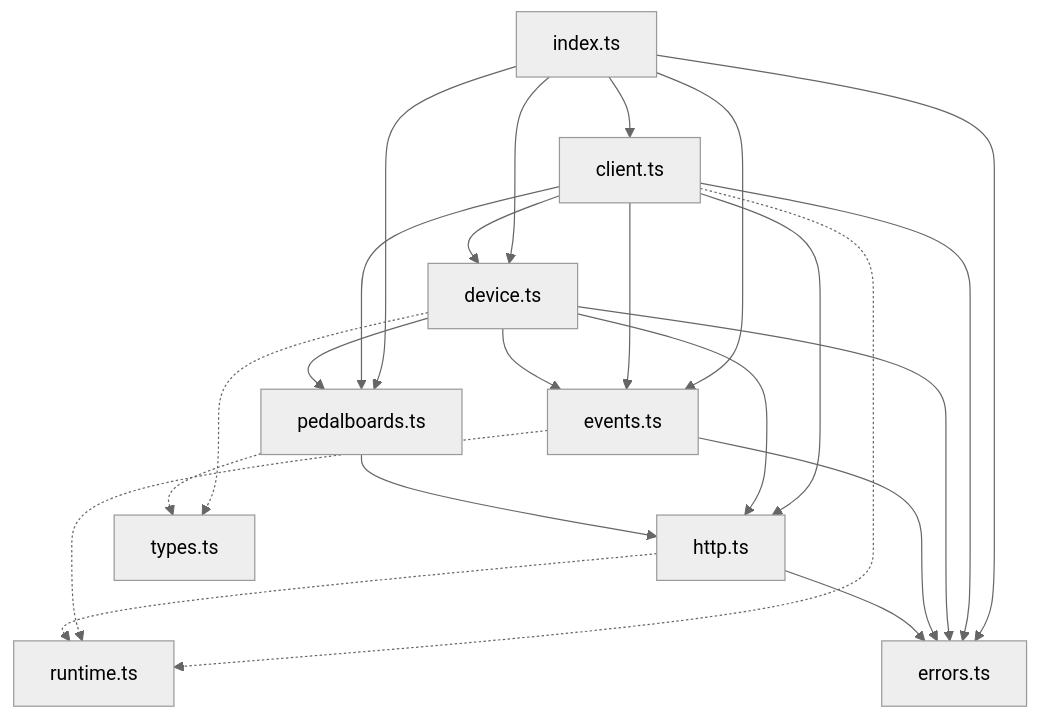
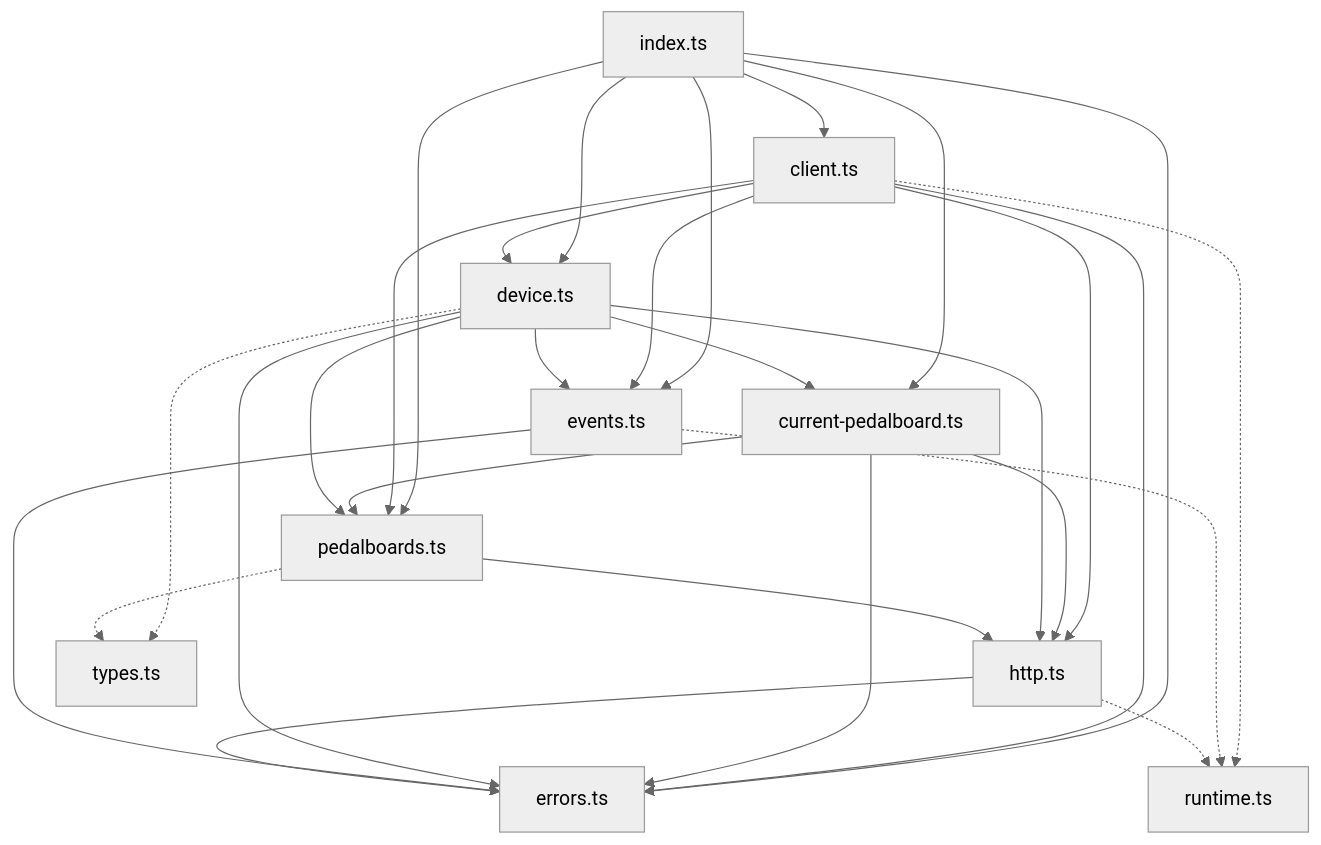
One commit to SrMouraSilva/mod-ui-old changed the second of 10 diagrams in docs/modui-client.md. Above: the diagram before and after it, drawn with Mermaid (neutral theme). The commit also changed other lines of this file and 12 other files, not shown here.

First line of the commit message:
feat(modui-client): add current pedalboard management and saving functionality

````diff
--- a/docs/modui-client.md
+++ b/docs/modui-client.md
@@ -126,25 +138,30 @@
 ```mermaid
 flowchart TD
   index[index.ts] --> client[client.ts]
   index --> device
+  index --> current[current-pedalboard.ts]
   index --> pedalboards
   index --> events
   index --> errors
   client --> device[device.ts]
   client --> pedalboards[pedalboards.ts]
   client --> events[events.ts]
   client --> http[http.ts]
   client --> errors[errors.ts]
+  device --> current
+  current --> http
+  current --> pedalboards
+  current --> errors
   device --> events
   device --> http
   device --> pedalboards
   device --> errors
   pedalboards --> http
   events --> errors
   http --> errors
   client -.-> runtime[runtime.ts]
   events -.-> runtime
   http -.-> runtime
   device -.-> types[types.ts]
   pedalboards -.-> types
 ```
````
